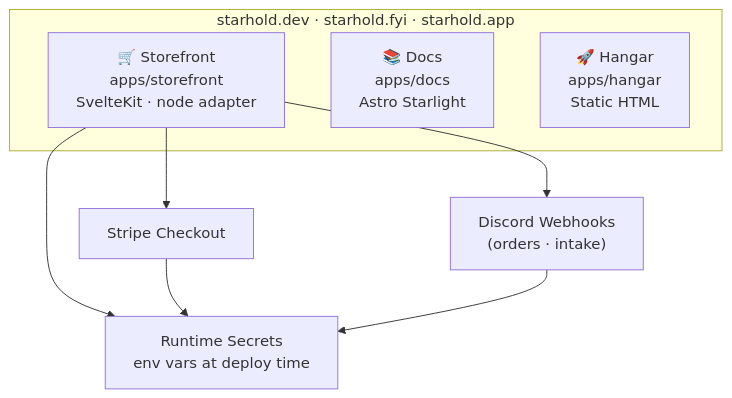
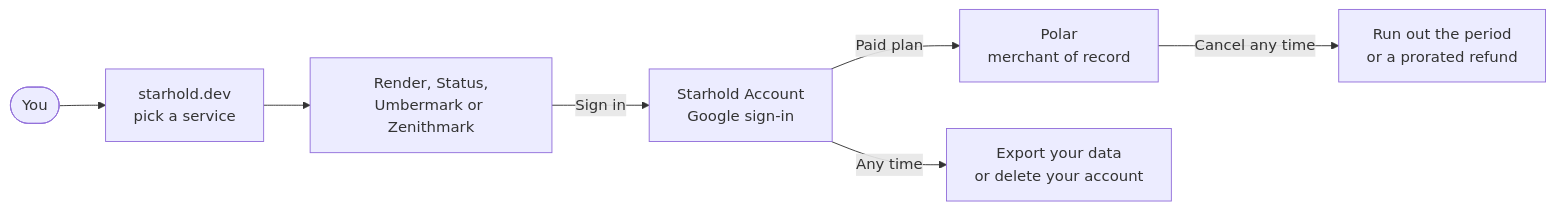
The diagram in README.md (Quadstronaut/Starhold), drawn with Mermaid before and after one commit. The commit also changed other lines of this file and 17 other files, not shown here.

````diff
--- a/README.md
+++ b/README.md
@@ -46,14 +48,9 @@
 ```mermaid
-graph TD
-    subgraph domains["starhold.dev · starhold.fyi · starhold.app"]
-        SF["🛒 Storefront<br/>apps/storefront<br/>SvelteKit · node adapter"]
-        DC["📚 Docs<br/>apps/docs<br/>Astro Starlight"]
-        HG["🚀 Hangar<br/>apps/hangar<br/>Static HTML"]
-    end
-
-    SF --> STRIPE["Stripe Checkout"]
-    SF --> DISC["Discord Webhooks<br/>(orders · intake)"]
-    SF --> ENV["Runtime Secrets<br/>env vars at deploy time"]
-    STRIPE --> ENV
-    DISC --> ENV
+flowchart LR
+    You(["You"]) --> Store["starhold.dev<br/>pick a service"]
+    Store --> Product["Render, Status,<br/>Umbermark or Zenithmark"]
+    Product -->|Sign in| Account["Starhold Account<br/>Google sign-in"]
+    Account -->|Paid plan| Polar["Polar<br/>merchant of record"]
+    Account -->|Any time| Data["Export your data<br/>or delete your account"]
+    Polar -->|Cancel any time| Refund["Run out the period<br/>or a prorated refund"]
 ```
````
